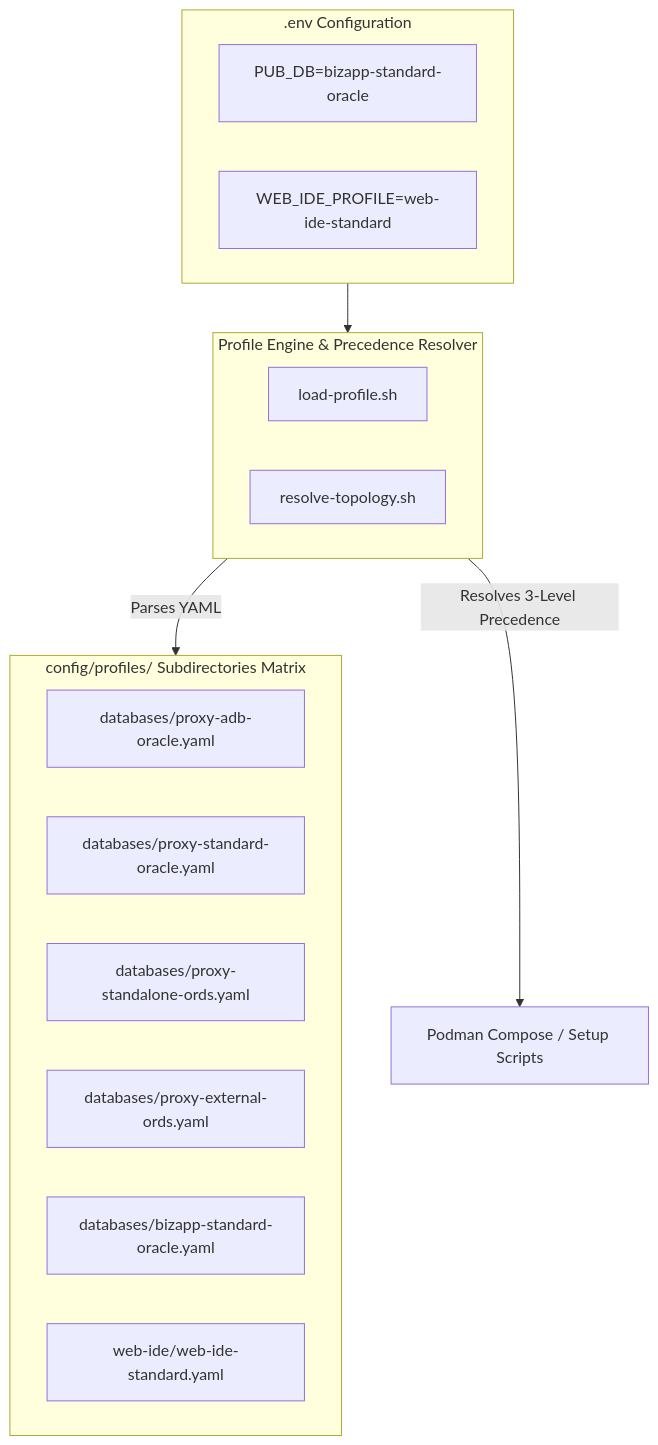
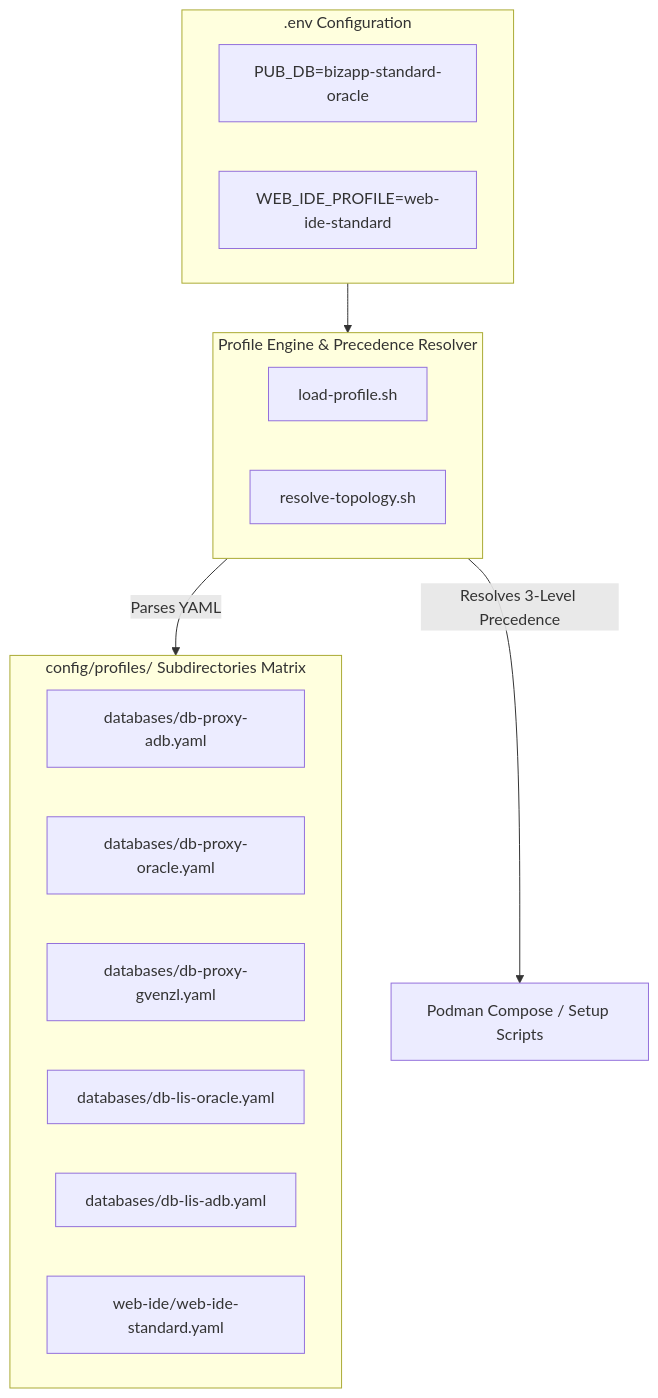
Before and after one commit to alahe/oracle-devops-platform: the first of 4 diagrams in docs/db-profiles-and-topology.md, drawn with Mermaid. The commit also changed other lines of this file and 311 other files, not shown here.

````diff
--- a/docs/db-profiles-and-topology.md
+++ b/docs/db-profiles-and-topology.md
@@ -11,25 +11,25 @@
 ```mermaid
 flowchart TD
     subgraph UserConfig [".env Configuration"]
         U1["PUB_DB=bizapp-standard-oracle"]
         U2["WEB_IDE_PROFILE=web-ide-standard"]
     end
 
     subgraph ProfileEngine ["Profile Engine & Precedence Resolver"]
         E1["load-profile.sh"]
         E2["resolve-topology.sh"]
     end
 
     subgraph YAMLProfiles ["config/profiles/ Subdirectories Matrix"]
-        P1["databases/proxy-adb-oracle.yaml"]
-        P2["databases/proxy-standard-oracle.yaml"]
-        P3["databases/proxy-standalone-ords.yaml"]
-        P4["databases/proxy-external-ords.yaml"]
-        P5["databases/bizapp-standard-oracle.yaml"]
+        P1["databases/db-proxy-adb.yaml"]
+        P2["databases/db-proxy-oracle.yaml"]
+        P3["databases/db-proxy-gvenzl.yaml"]
+        P4["databases/db-lis-oracle.yaml"]
+        P5["databases/db-lis-adb.yaml"]
         P6["web-ide/web-ide-standard.yaml"]
     end
 
     UserConfig --> ProfileEngine
     ProfileEngine -->|Parses YAML| YAMLProfiles
     ProfileEngine -->|Resolves 3-Level Precedence| Deployment[Podman Compose / Setup Scripts]
 ```
````
